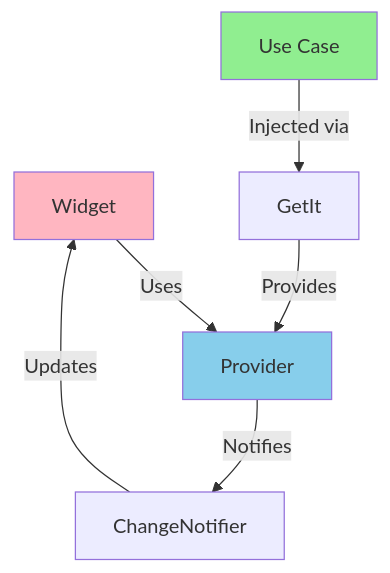
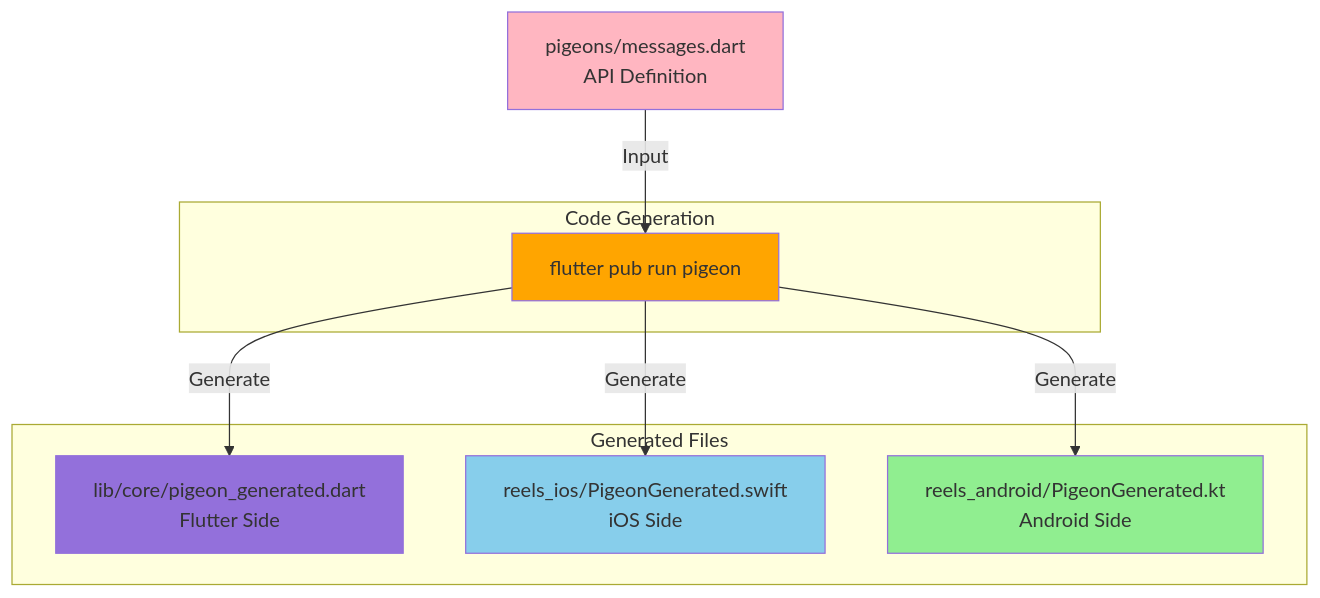
The fourth of 9 diagrams in docs/01-Overview/02-Technology-Stack.md (ahmed-eishon/Reels-SDK), drawn with Mermaid before and after one commit. The commit also changed other lines of this file and 45 other files, not shown here.

````diff
--- a/docs/01-Overview/02-Technology-Stack.md
+++ b/docs/01-Overview/02-Technology-Stack.md
@@ -203,13 +295,26 @@
 ```mermaid
 graph TB
-    WIDGET[Widget] -->|Uses| PROVIDER[Provider<VideoProvider>]
-    PROVIDER -->|Notifies| CHANGENOTIFIER[ChangeNotifier]
-    CHANGENOTIFIER -->|Updates| WIDGET
+    MESSAGES[pigeons/messages.dart<br/>API Definition]
 
-    USECASE[Use Case] -->|Injected via| GETIT[GetIt]
-    GETIT -->|Provides| PROVIDER
+    subgraph "Code Generation"
+        PIGEON_CMD[flutter pub run pigeon]
+    end
 
-    style WIDGET fill:#FFB6C1
-    style PROVIDER fill:#87CEEB
-    style USECASE fill:#90EE90
+    subgraph "Generated Files"
+        DART_GEN[lib/core/pigeon_generated.dart<br/>Flutter Side]
+        SWIFT_GEN[reels_ios/PigeonGenerated.swift<br/>iOS Side]
+        KOTLIN_GEN[reels_android/PigeonGenerated.kt<br/>Android Side]
+    end
+
+    MESSAGES -->|Input| PIGEON_CMD
+
+    PIGEON_CMD -->|Generate| DART_GEN
+    PIGEON_CMD -->|Generate| SWIFT_GEN
+    PIGEON_CMD -->|Generate| KOTLIN_GEN
+
+    style MESSAGES fill:#FFB6C1
+    style PIGEON_CMD fill:#FFA500
+    style DART_GEN fill:#9370DB
+    style SWIFT_GEN fill:#87CEEB
+    style KOTLIN_GEN fill:#90EE90
 ```
````
